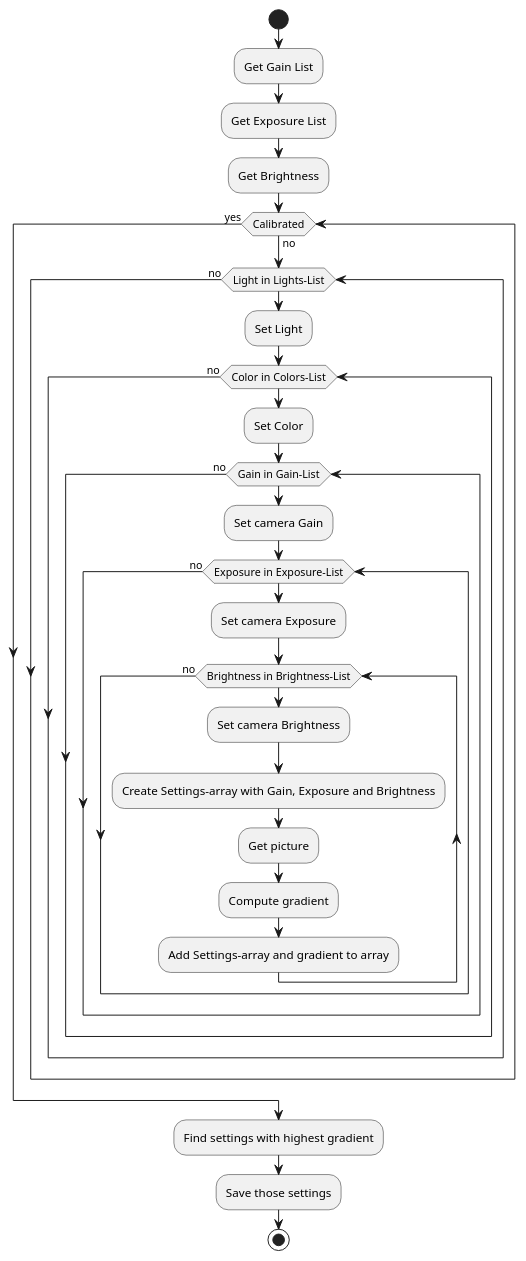
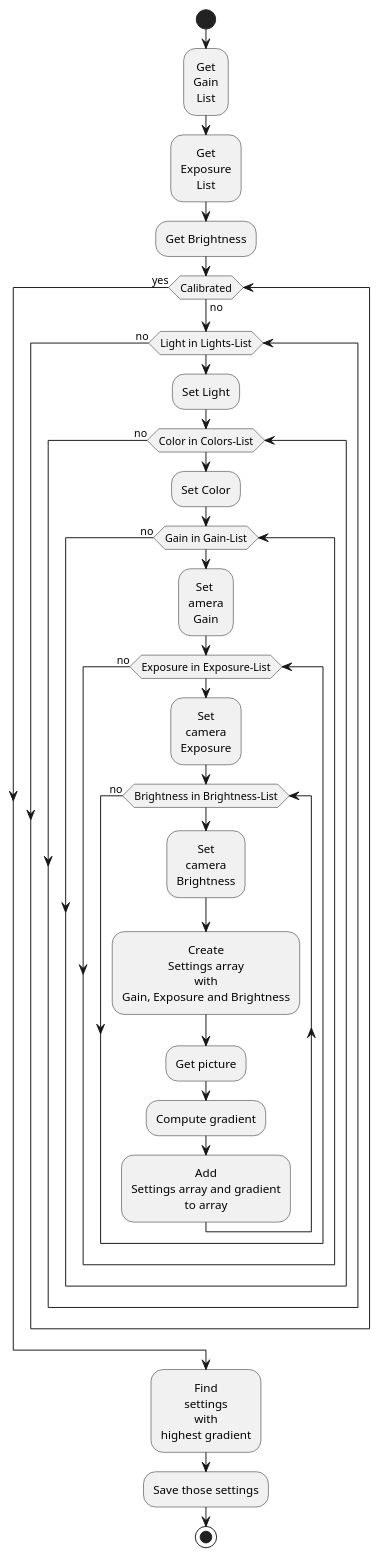
The diagram in diagrams/camera/cameraCalibration.plantuml (rantonet/raspiscope-python), drawn with PlantUML before and after one commit. The commit also changed 8 other files, not shown here.

```diff
--- a/diagrams/camera/cameraCalibration.plantuml
+++ b/diagrams/camera/cameraCalibration.plantuml
@@ -1,30 +1,33 @@
 @startuml Camera Calibration
+<style>
+element{ HorizontalAlignment:center; }
+</style>
 start
-:Get Gain List;
-:Get Exposure List;
+:Get\nGain\nList;
+:Get\nExposure\nList;
 :Get Brightness;
 while (Calibrated) is (no)
     while (Light in Lights-List)
         :Set Light;
         while (Color in Colors-List)
             :Set Color;
             while (Gain in Gain-List)
-                :Set camera Gain;
+                :Set \namera\nGain;
                 while (Exposure in Exposure-List)
-                    :Set camera Exposure;
+                    :Set\ncamera\nExposure;
                     while (Brightness in Brightness-List)
-                        :Set camera Brightness;
-                        :Create Settings-array with Gain, Exposure and Brightness;
+                        :Set\ncamera\nBrightness;
+                        :Create\nSettings array\nwith\nGain, Exposure and Brightness;
                         :Get picture;
                         :Compute gradient;
-                        :Add Settings-array and gradient to array;
+                        :Add\nSettings array and gradient\nto array;
                     endwhile (no)
                 endwhile (no)
             endwhile (no)
         endwhile (no)
     endwhile (no)
 endwhile (yes)
-:Find settings with highest gradient;
+:Find\nsettings\nwith\nhighest gradient;
 :Save those settings;
 stop
 @enduml
```
